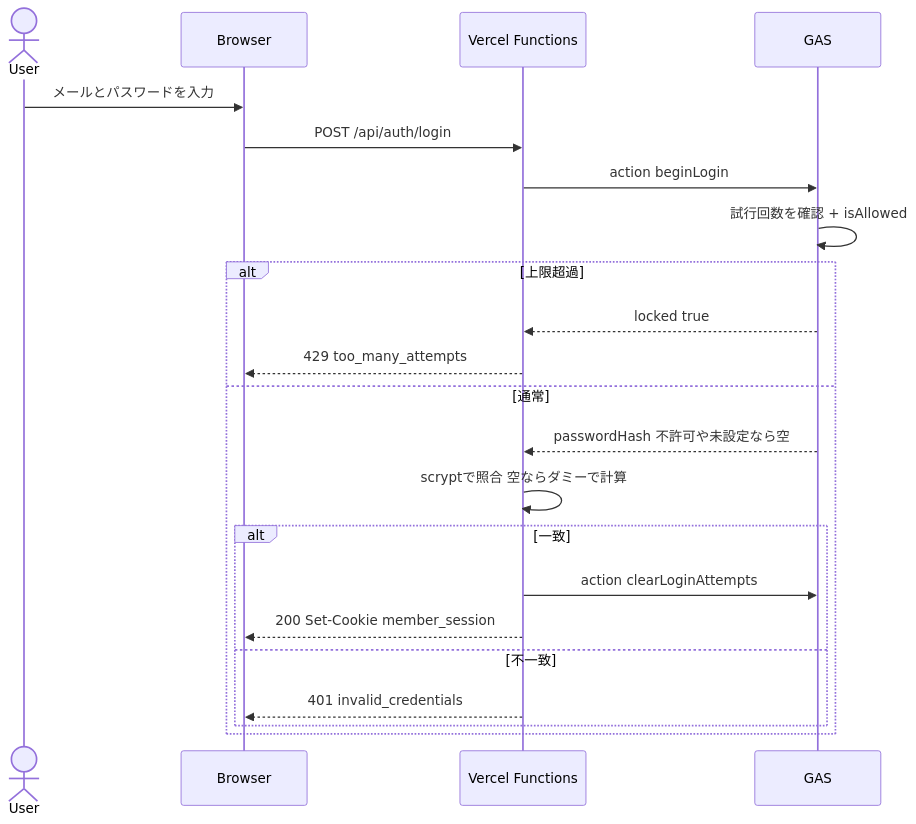
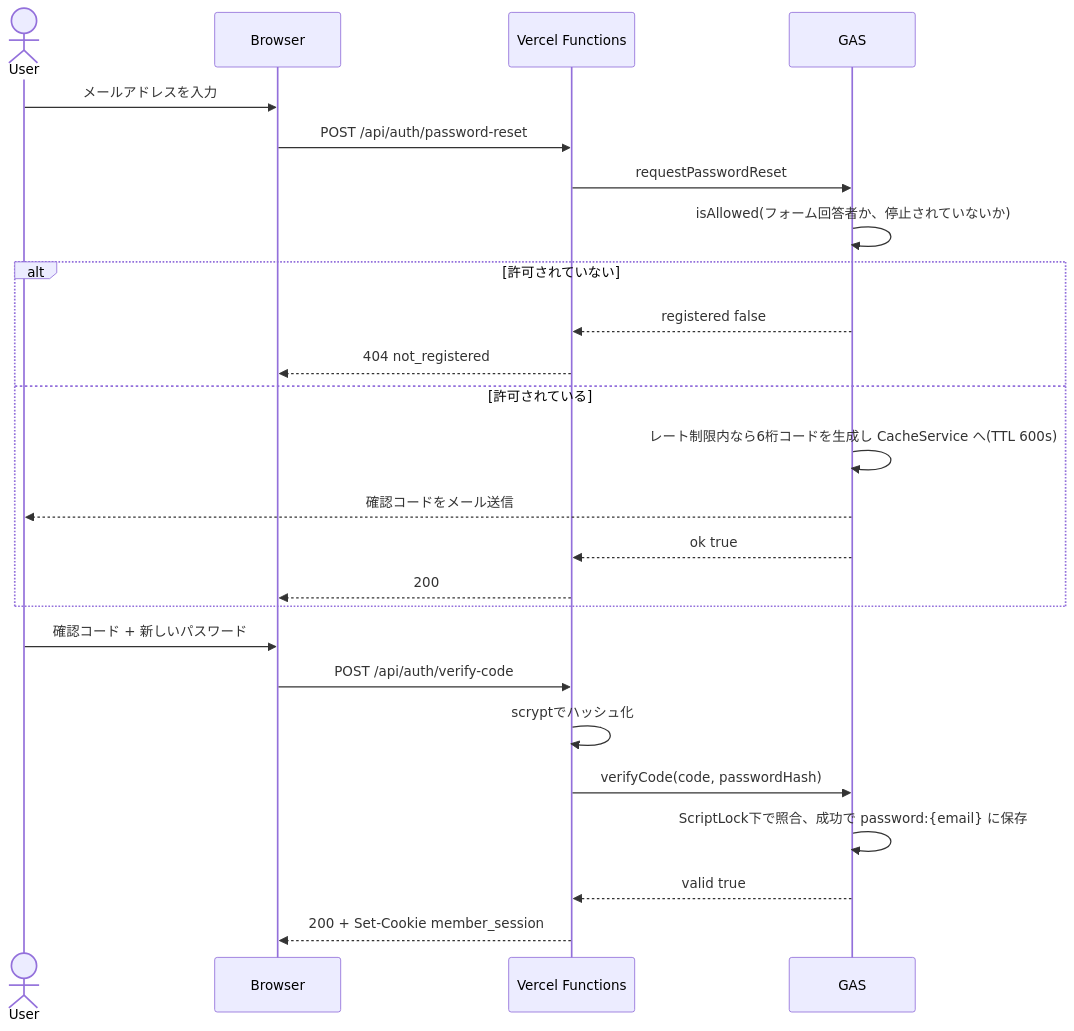
One commit to atsusagi111-dot/95s-pride changed the second of 3 diagrams in アーキテクチャ/エンジニア向け.md. Above: the diagram before and after it, drawn with Mermaid. The commit also changed other lines of this file and 37 other files, not shown here.

````diff
--- a/アーキテクチャ/エンジニア向け.md
+++ b/アーキテクチャ/エンジニア向け.md
@@ -64,25 +98,29 @@
 ```mermaid
 sequenceDiagram
   actor U as User
   participant B as Browser
   participant F as Vercel Functions
   participant G as GAS
 
-  U->>B: メールとパスワードを入力
-  B->>F: POST /api/auth/login
-  F->>G: action beginLogin
-  G->>G: 試行回数を確認 + isAllowed
-  alt 上限超過
-    G-->>F: locked true
-    F-->>B: 429 too_many_attempts
-  else 通常
-    G-->>F: passwordHash 不許可や未設定なら空
-    F->>F: scryptで照合 空ならダミーで計算
-    alt 一致
-      F->>G: action clearLoginAttempts
-      F-->>B: 200 Set-Cookie member_session
-    else 不一致
-      F-->>B: 401 invalid_credentials
-    end
+  U->>B: メールアドレスを入力
+  B->>F: POST /api/auth/password-reset
+  F->>G: requestPasswordReset
+  G->>G: isAllowed(フォーム回答者か、停止されていないか)
+  alt 許可されていない
+    G-->>F: registered false
+    F-->>B: 404 not_registered
+  else 許可されている
+    G->>G: レート制限内なら6桁コードを生成し CacheService へ(TTL 600s)
+    G-->>U: 確認コードをメール送信
+    G-->>F: ok true
+    F-->>B: 200
   end
+
+  U->>B: 確認コード + 新しいパスワード
+  B->>F: POST /api/auth/verify-code
+  F->>F: scryptでハッシュ化
+  F->>G: verifyCode(code, passwordHash)
+  G->>G: ScriptLock下で照合、成功で password:{email} に保存
+  G-->>F: valid true
+  F-->>B: 200 + Set-Cookie member_session
 ```
````
